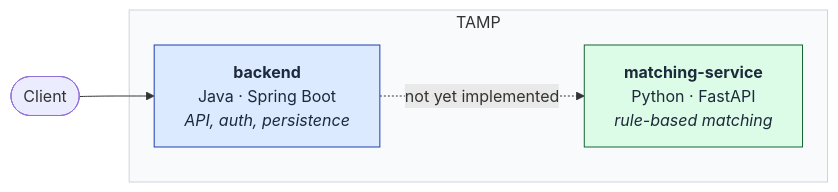
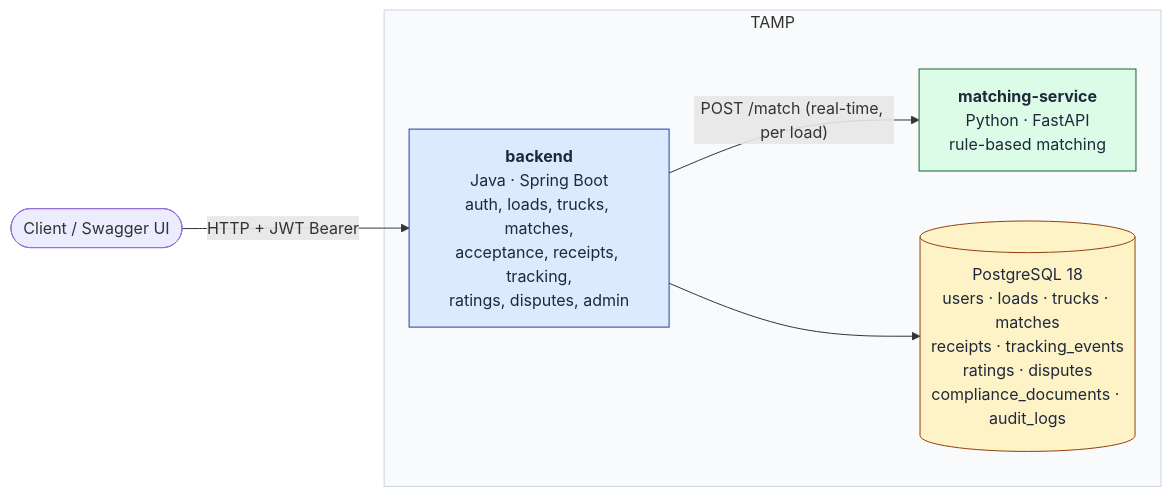
The diagram in docs/diagrams/service-boundary.md (TshegofatsoMkhabela/truck_asset_management_platform), drawn with Mermaid before and after one commit. The commit also changed other lines of this file and 54 other files, not shown here.

Commit message:
feat: add full demo journey with JWT-derived caller identity to achieve a Swagger-only, no-typing walkthrough (#18) (#37)

````diff
--- a/docs/diagrams/service-boundary.md
+++ b/docs/diagrams/service-boundary.md
@@ -7,15 +6,18 @@
 ```mermaid
 flowchart LR
-    client([Client]) --> backend
+    client([Client / Swagger UI]) -->|"HTTP + JWT Bearer"| backend
 
     subgraph tamp[TAMP]
-        backend["<b>backend</b><br/>Java · Spring Boot<br/><i>API, auth, persistence</i>"]
-        matching["<b>matching-service</b><br/>Python · FastAPI<br/><i>rule-based matching</i>"]
+        backend["<b>backend</b><br/>Java · Spring Boot<br/>auth, loads, trucks, matches,<br/>acceptance, receipts, tracking,<br/>ratings, disputes, admin"]
+        matching["<b>matching-service</b><br/>Python · FastAPI<br/>rule-based matching"]
+        db[("PostgreSQL 18<br/>users · loads · trucks · matches<br/>receipts · tracking_events<br/>ratings · disputes<br/>compliance_documents · audit_logs")]
 
-        backend -.->|"not yet implemented"| matching
+        backend -->|"POST /match (real-time, per load)"| matching
+        backend --> db
     end
 
     style backend fill:#dbeafe,stroke:#1e40af,color:#1e293b
     style matching fill:#dcfce7,stroke:#166534,color:#1e293b
+    style db fill:#fef3c7,stroke:#92400e,color:#1e293b
     style tamp fill:#f8fafc,stroke:#cbd5e1
 ```
````
